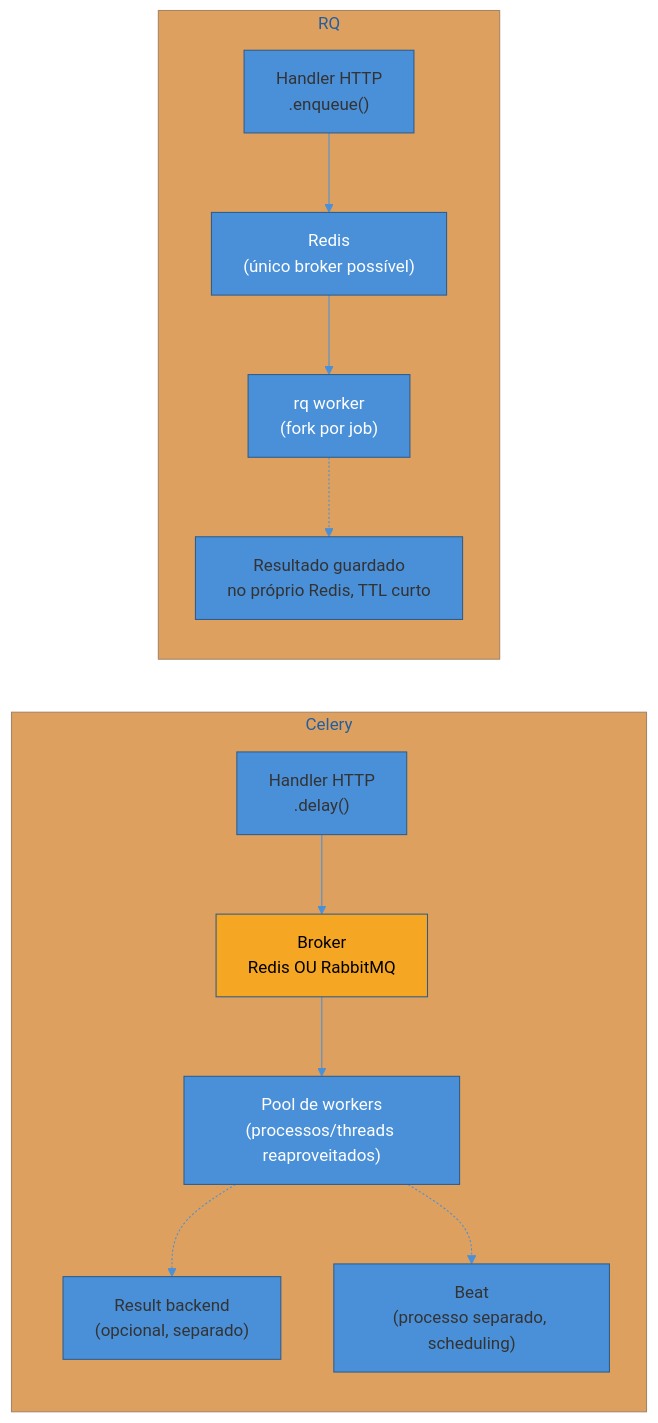
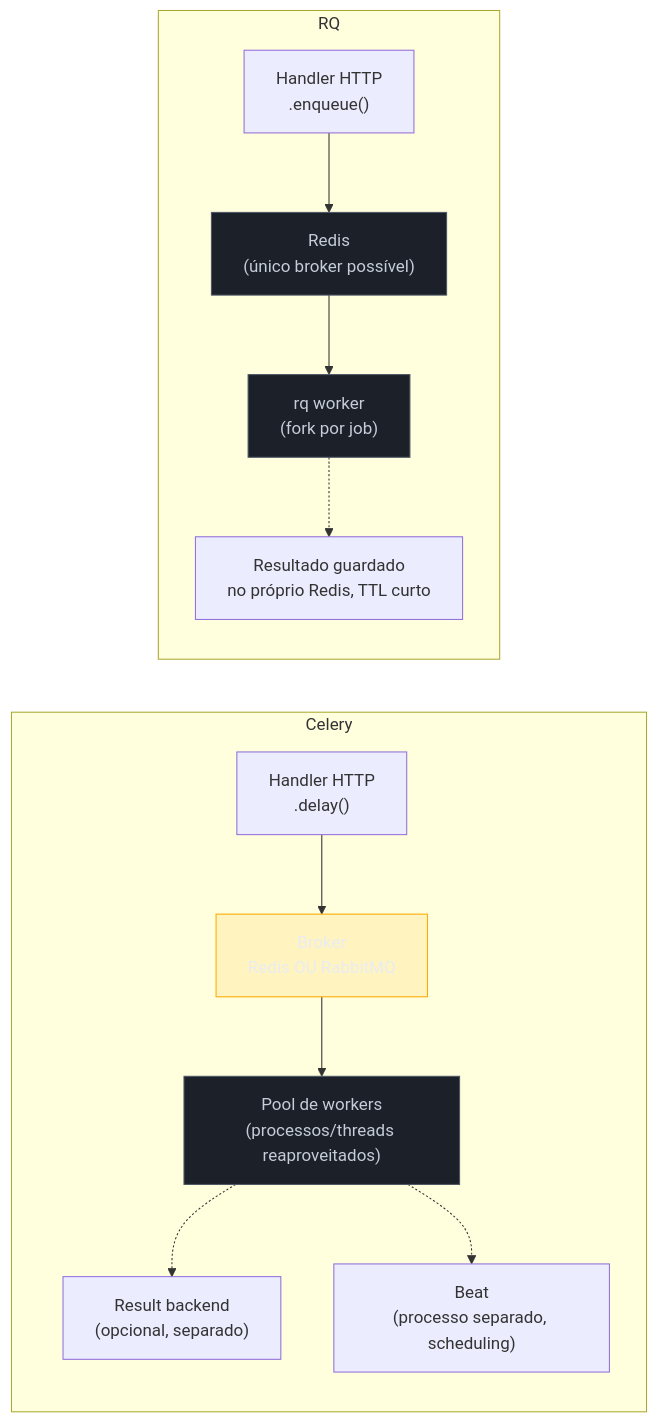
Before and after one commit to josenaldo/codex-technomanticus: the diagram in 03-Dominios/Tecnologia/Python/Mensageria/04 - RQ — a fila simples sobre Redis.md, drawn with Mermaid. The commit also changed 1181 other files, not shown here.

First line of the commit message:
fix(diagramas): paleta do sistema no lugar de cor cravada no markdown

````diff
--- a/03-Dominios/Tecnologia/Python/Mensageria/04 - RQ — a fila simples sobre Redis.md
+++ b/03-Dominios/Tecnologia/Python/Mensageria/04 - RQ — a fila simples sobre Redis.md
@@ -102,21 +102,22 @@
 ```mermaid
-%%{init: {"theme": "base", "themeVariables": {"primaryColor": "#4A90D9", "primaryBorderColor": "#2E5C8A", "lineColor": "#4A90D9"}}}%%
 flowchart LR
+    classDef destaque fill:#FFAA0024,stroke:#FFAA00,color:#E9ECF2
+    classDef neutro fill:#1B2029,stroke:#4E5666,color:#C6CCD8
     subgraph Celery["Celery"]
         A1["Handler HTTP<br/>.delay()"] --> B1["Broker<br/>Redis OU RabbitMQ"]
         B1 --> C1["Pool de workers<br/>(processos/threads reaproveitados)"]
         C1 -.-> D1["Result backend<br/>(opcional, separado)"]
         C1 -.-> E1["Beat<br/>(processo separado, scheduling)"]
     end
 
     subgraph RQ["RQ"]
         A2["Handler HTTP<br/>.enqueue()"] --> B2["Redis<br/>(único broker possível)"]
         B2 --> C2["rq worker<br/>(fork por job)"]
         C2 -.-> D2["Resultado guardado<br/>no próprio Redis, TTL curto"]
     end
 
-    style B1 fill:#F5A623,color:#000
-    style B2 fill:#4A90D9,color:#fff
-    style C1 fill:#4A90D9,color:#fff
-    style C2 fill:#4A90D9,color:#fff
+    class B1 destaque
+    class B2 neutro
+    class C1 neutro
+    class C2 neutro
 ```
````
